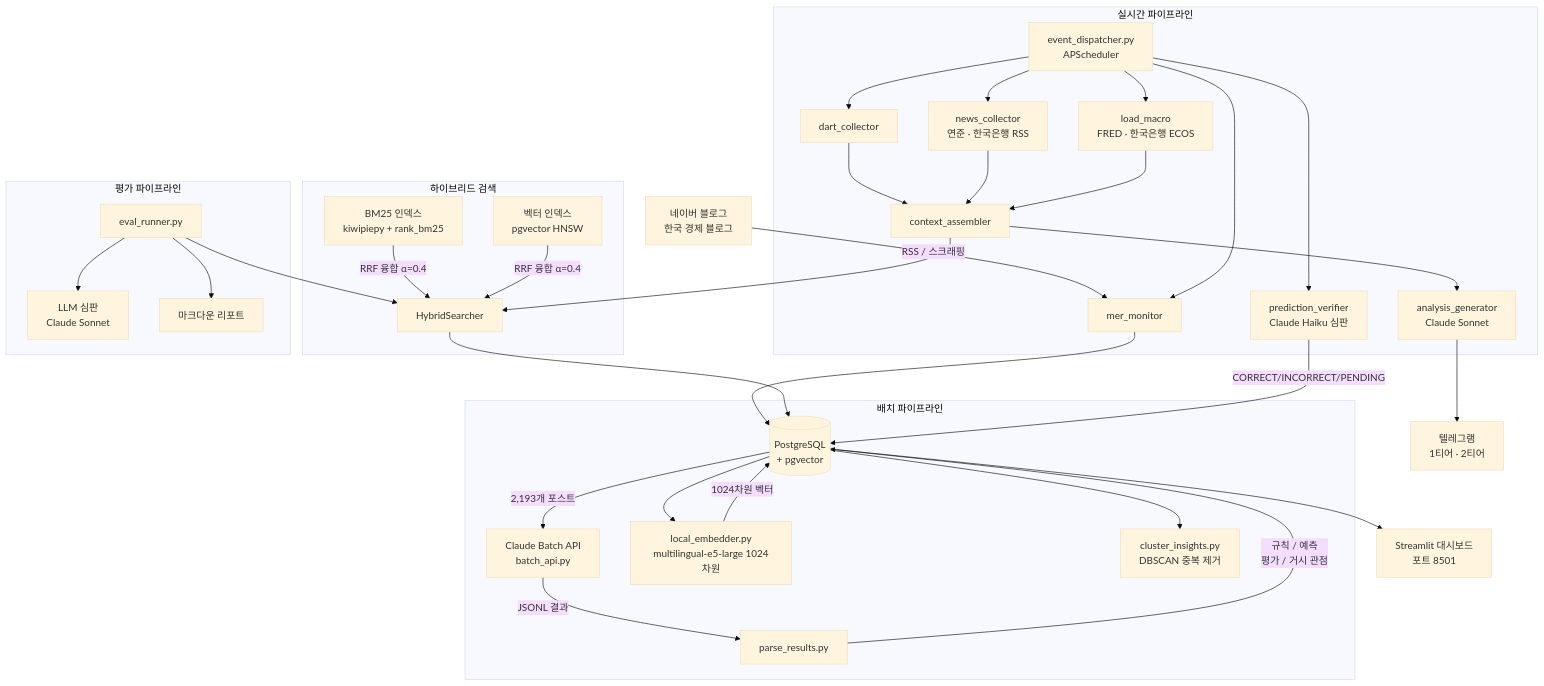
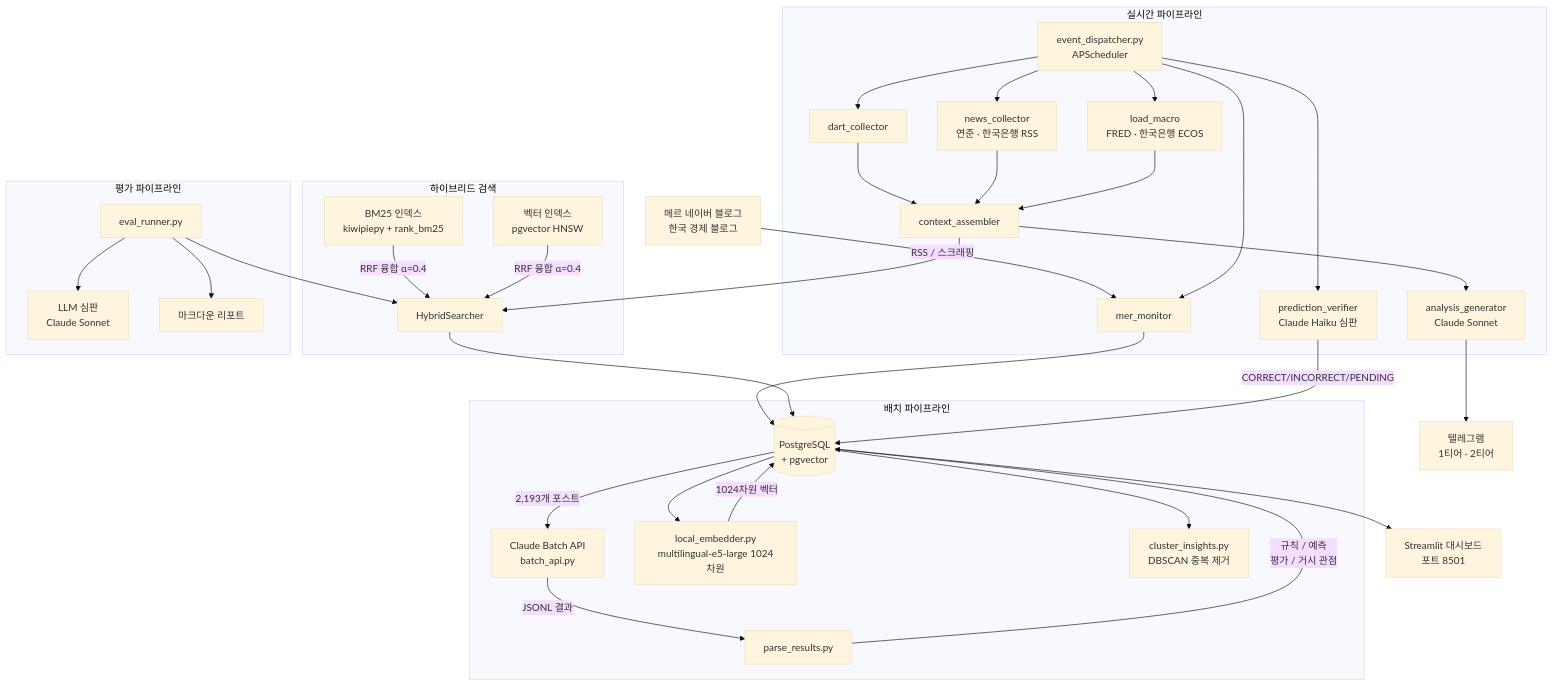
Before and after one commit to 11e3/mer-insight-pipeline: the diagram in README_KR.md, drawn with Mermaid (base theme). The commit also changed other lines of this file and 1 other file, not shown here.

````diff
--- a/README_KR.md
+++ b/README_KR.md
@@ -16,44 +16,44 @@
 ```mermaid
 flowchart TD
-    A[네이버 블로그<br>한국 경제 블로그] -->|RSS / 스크래핑| B[mer_monitor]
+    A[메르 네이버 블로그<br>한국 경제 블로그] -->|RSS / 스크래핑| B[mer_monitor]
     B --> C[(PostgreSQL<br>+ pgvector)]
 
     subgraph 배치 파이프라인
         C -->|2,193개 포스트| D[Claude Batch API<br>batch_api.py]
         D -->|JSONL 결과| E[parse_results.py]
         E -->|규칙 / 예측<br>평가 / 거시 관점| C
         C --> F[local_embedder.py<br>multilingual-e5-large 1024차원]
         F -->|1024차원 벡터| C
         C --> G[cluster_insights.py<br>DBSCAN 중복 제거]
     end
 
     subgraph 하이브리드 검색
         HS1[BM25 인덱스<br>kiwipiepy + rank_bm25]
         HS2[벡터 인덱스<br>pgvector HNSW]
         HS1 & HS2 -->|RRF 융합 α=0.4| HS3[HybridSearcher]
     end
 
     HS3 --> C
 
     subgraph 실시간 파이프라인
         ED[event_dispatcher.py<br>APScheduler] --> B
         ED --> DC[dart_collector]
         ED --> NC[news_collector<br>연준 · 한국은행 RSS]
         ED --> LM[load_macro<br>FRED · 한국은행 ECOS]
         ED --> PV[prediction_verifier<br>Claude Haiku 심판]
         DC & NC & LM --> CA[context_assembler]
         CA --> HS3
         CA --> AG2[analysis_generator<br>Claude Sonnet]
         PV -->|CORRECT/INCORRECT/PENDING| C
     end
 
     AG2 --> TG[텔레그램<br>1티어 · 2티어]
 
     subgraph 평가 파이프라인
         EV[eval_runner.py] --> HS3
         EV --> LJ[LLM 심판<br>Claude Sonnet]
         EV --> RPT[마크다운 리포트]
     end
 
     C --> Q[Streamlit 대시보드<br>포트 8501]
 ```
````
